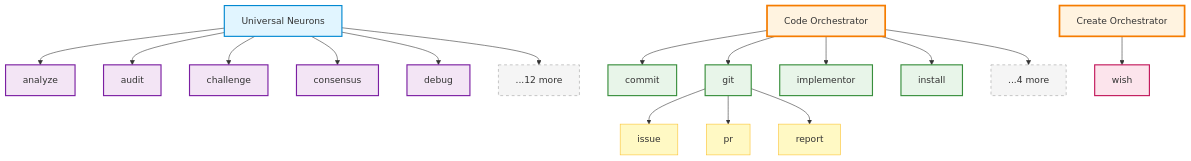
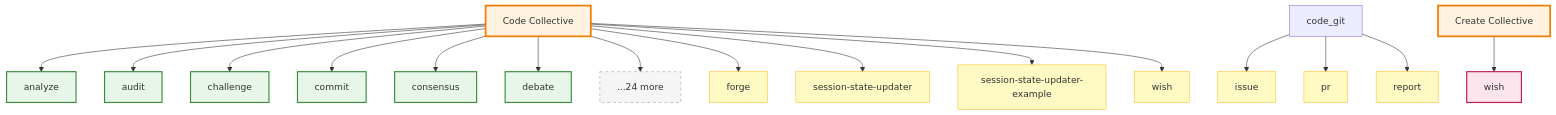
Before and after one commit to namastexlabs/automagik-genie: the second of 2 diagrams in README.md, drawn with Mermaid. The commit also changed 8 other files, not shown here.

First line of the commit message:
fix: Update auto-generation scripts for agent architecture migration

````diff
--- a/README.md
+++ b/README.md
@@ -98,51 +98,48 @@
 ```mermaid
 graph TB
-    %% Genie Agent Neural Tree
+    %% Genie Agent Tree
 
-    %% Universal Neurons (17)
-    UNIVERSAL[Universal Neurons]:::universal
-    analyze[analyze]:::neuron
-    UNIVERSAL --> analyze
-    audit[audit]:::neuron
-    UNIVERSAL --> audit
-    challenge[challenge]:::neuron
-    UNIVERSAL --> challenge
-    consensus[consensus]:::neuron
-    UNIVERSAL --> consensus
-    debug[debug]:::neuron
-    UNIVERSAL --> debug
-    more_universal[...12 more]:::more
-    UNIVERSAL --> more_universal
-
-    %% Code Template
-    CODE[Code Orchestrator]:::orchestrator
-    code_commit[commit]:::code_neuron
+    %% Code Collective
+    CODE[Code Collective]:::orchestrator
+    code_analyze[analyze]:::code_agent
+    CODE --> code_analyze
+    code_audit[audit]:::code_agent
+    CODE --> code_audit
+    code_challenge[challenge]:::code_agent
+    CODE --> code_challenge
+    code_commit[commit]:::code_agent
     CODE --> code_commit
-    code_git[git]:::code_neuron
-    CODE --> code_git
-    code_implementor[implementor]:::code_neuron
-    CODE --> code_implementor
-    code_install[install]:::code_neuron
-    CODE --> code_install
-    more_code[...4 more]:::more
+    code_consensus[consensus]:::code_agent
+    CODE --> code_consensus
+    code_debate[debate]:::code_agent
+    CODE --> code_debate
+    more_code[...24 more]:::more
     CODE --> more_code
 
     %% Git Workflows
     code_git --> git_issue[issue]:::workflow
     code_git --> git_pr[pr]:::workflow
     code_git --> git_report[report]:::workflow
 
-    %% Create Template
-    CREATE[Create Orchestrator]:::orchestrator
-    create_wish[wish]:::create_neuron
+    %% Code Workflows
+    workflow_forge[forge]:::workflow
+    CODE --> workflow_forge
+    workflow_session-state-updater[session-state-updater]:::workflow
+    CODE --> workflow_session-state-updater
+    workflow_session-state-updater-example[session-state-updater-example]:::workflow
+    CODE --> workflow_session-state-updater-example
+    workflow_wish[wish]:::workflow
+    CODE --> workflow_wish
+
+    %% Create Collective
+    CREATE[Create Collective]:::orchestrator
+    create_wish[wish]:::create_agent
     CREATE --> create_wish
 
     %% Styling
-    classDef universal fill:#e1f5ff,stroke:#0288d1,stroke-width:2px
     classDef orchestrator fill:#fff3e0,stroke:#f57c00,stroke-width:3px
-    classDef neuron fill:#f3e5f5,stroke:#7b1fa2,stroke-width:2px
-    classDef code_neuron fill:#e8f5e9,stroke:#388e3c,stroke-width:2px
-    classDef create_neuron fill:#fce4ec,stroke:#c2185b,stroke-width:2px
+    classDef code_agent fill:#e8f5e9,stroke:#388e3c,stroke-width:2px
+    classDef create_agent fill:#fce4ec,stroke:#c2185b,stroke-width:2px
     classDef workflow fill:#fff9c4,stroke:#fbc02d,stroke-width:1px
     classDef more fill:#f5f5f5,stroke:#9e9e9e,stroke-width:1px,stroke-dasharray: 5 5
 ```
````
